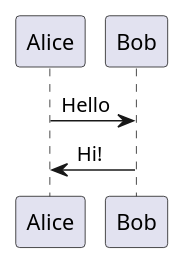
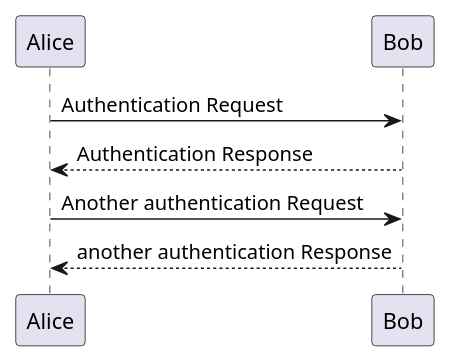
One commit to Maznna/server-cache changed the diagram in sample.puml. Above: the diagram before and after it, drawn with PlantUML.

```diff
--- a/sample.puml
+++ b/sample.puml
@@ -1,6 +1,7 @@
-@startuml firstDiagram
+@startuml
+Alice -> Bob: Authentication Request
+Bob --> Alice: Authentication Response
 
-Alice -> Bob: Hello
-Bob -> Alice: Hi!
-		
+Alice -> Bob: Another authentication Request
+Alice <-- Bob: another authentication Response
 @enduml
```
